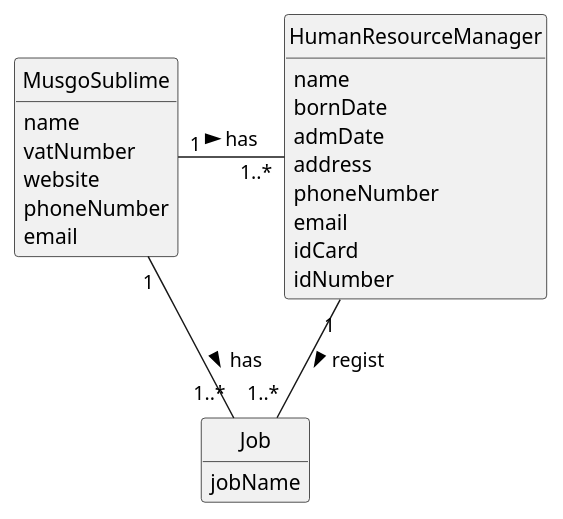
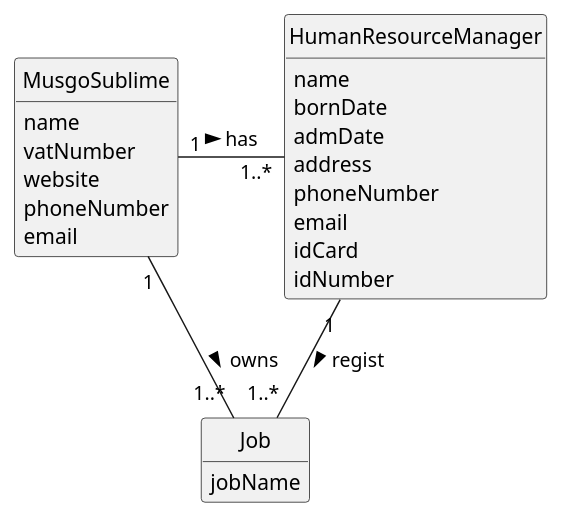
The diagram in docs/sprintA/us002/02.analysis/puml/us002-domain-model.puml (1231360-ISEP/lei-24-s2-1db-g021), drawn with PlantUML before and after one commit.

Commit message:
US2 - update the domain model excerpt

```diff
--- a/docs/sprintA/us002/02.analysis/puml/us002-domain-model.puml
+++ b/docs/sprintA/us002/02.analysis/puml/us002-domain-model.puml
@@ -1,37 +1,37 @@
 @startuml
 skinparam monochrome true
 skinparam packageStyle rectangle
 skinparam shadowing false
 
 skinparam classAttributeIconSize 0
 
 hide circle
 hide methods
 
 class MusgoSublime {
     name
     vatNumber
     website
     phoneNumber
     email
 }
 
 class HumanResourceManager {
     name
     bornDate
     admDate
     address
     phoneNumber
     email
     idCard
     idNumber
 }
 
 class Job {
     jobName
 }
 
 MusgoSublime "1" - "1..*" HumanResourceManager: has >
 HumanResourceManager "1" -- "1..*" Job : regist >
-MusgoSublime "1" - "1..*" Job: has >
+MusgoSublime "1" - "1..*" Job: owns >
 @enduml
```
